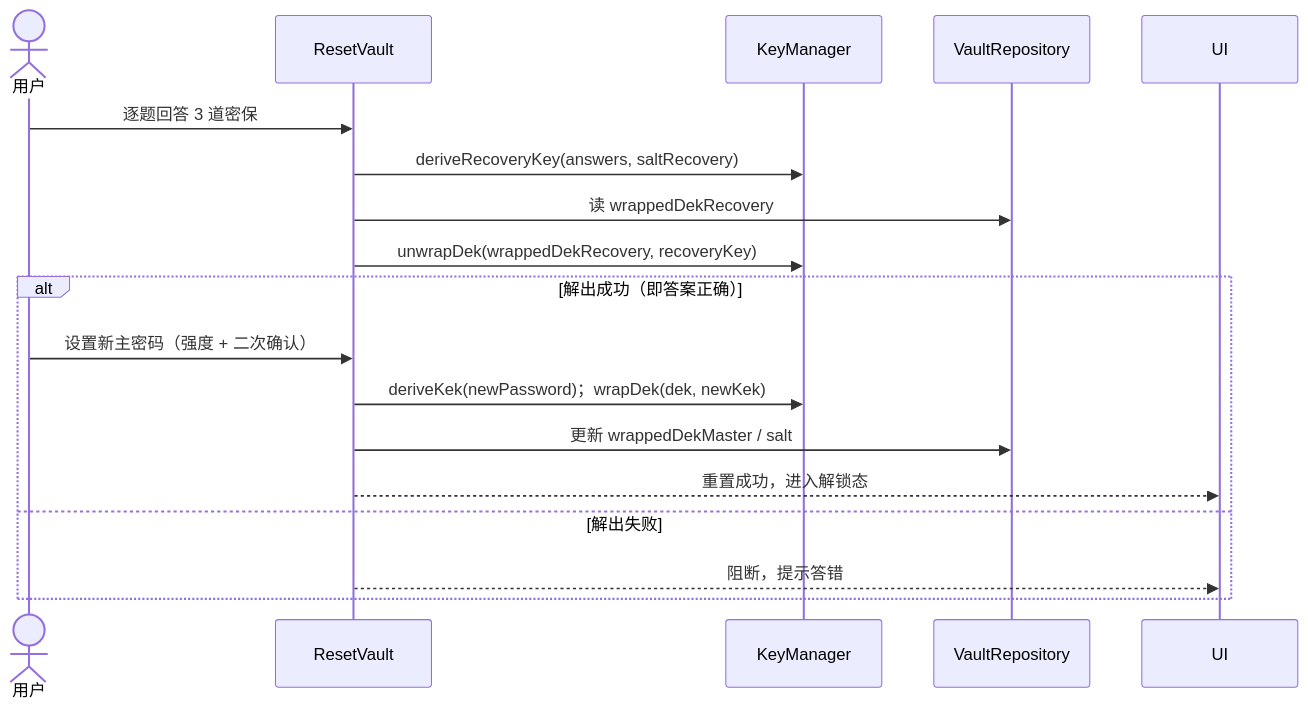
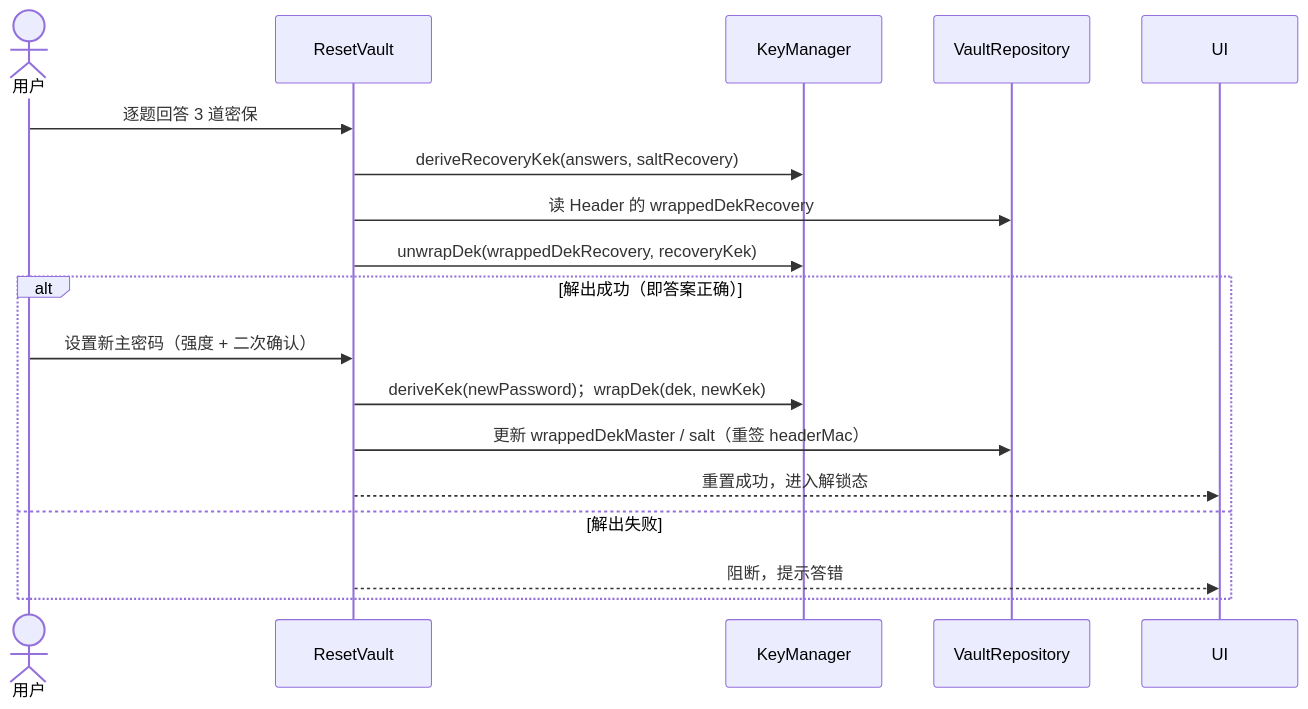
Before and after one commit to Solivagant-Soul/PasswordManager: the fourth of 4 diagrams in DesignDocument/技术方案.md, drawn with Mermaid. The commit also changed other lines of this file and 2 other files, not shown here.

````diff
--- a/DesignDocument/技术方案.md
+++ b/DesignDocument/技术方案.md
@@ -223,20 +273,20 @@
 ```mermaid
 sequenceDiagram
     actor U as 用户
     participant UC as ResetVault
     participant KM as KeyManager
     participant Repo as VaultRepository
 
     U->>UC: 逐题回答 3 道密保
-    UC->>KM: deriveRecoveryKey(answers, saltRecovery)
-    UC->>Repo: 读 wrappedDekRecovery
-    UC->>KM: unwrapDek(wrappedDekRecovery, recoveryKey)
+    UC->>KM: deriveRecoveryKek(answers, saltRecovery)  # 内部规范化编码
+    UC->>Repo: 读 Header 的 wrappedDekRecovery
+    UC->>KM: unwrapDek(wrappedDekRecovery, recoveryKek)
     alt 解出成功（即答案正确）
         U->>UC: 设置新主密码（强度 + 二次确认）
         UC->>KM: deriveKek(newPassword)；wrapDek(dek, newKek)
-        UC->>Repo: 更新 wrappedDekMaster / salt
+        UC->>Repo: 更新 wrappedDekMaster / salt（重签 headerMac）
         UC-->>UI: 重置成功，进入解锁态
     else 解出失败
         UC-->>UI: 阻断，提示答错
     end
 ```
````
